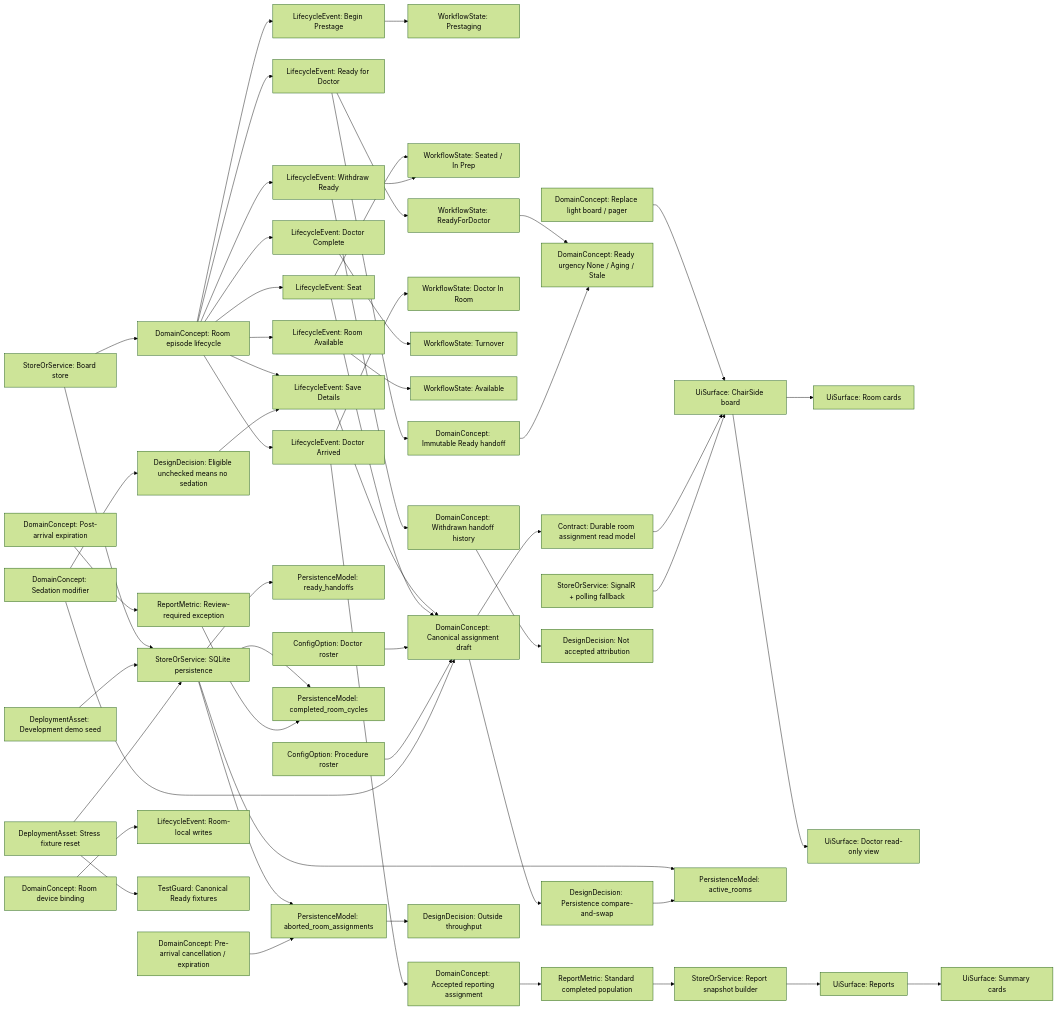
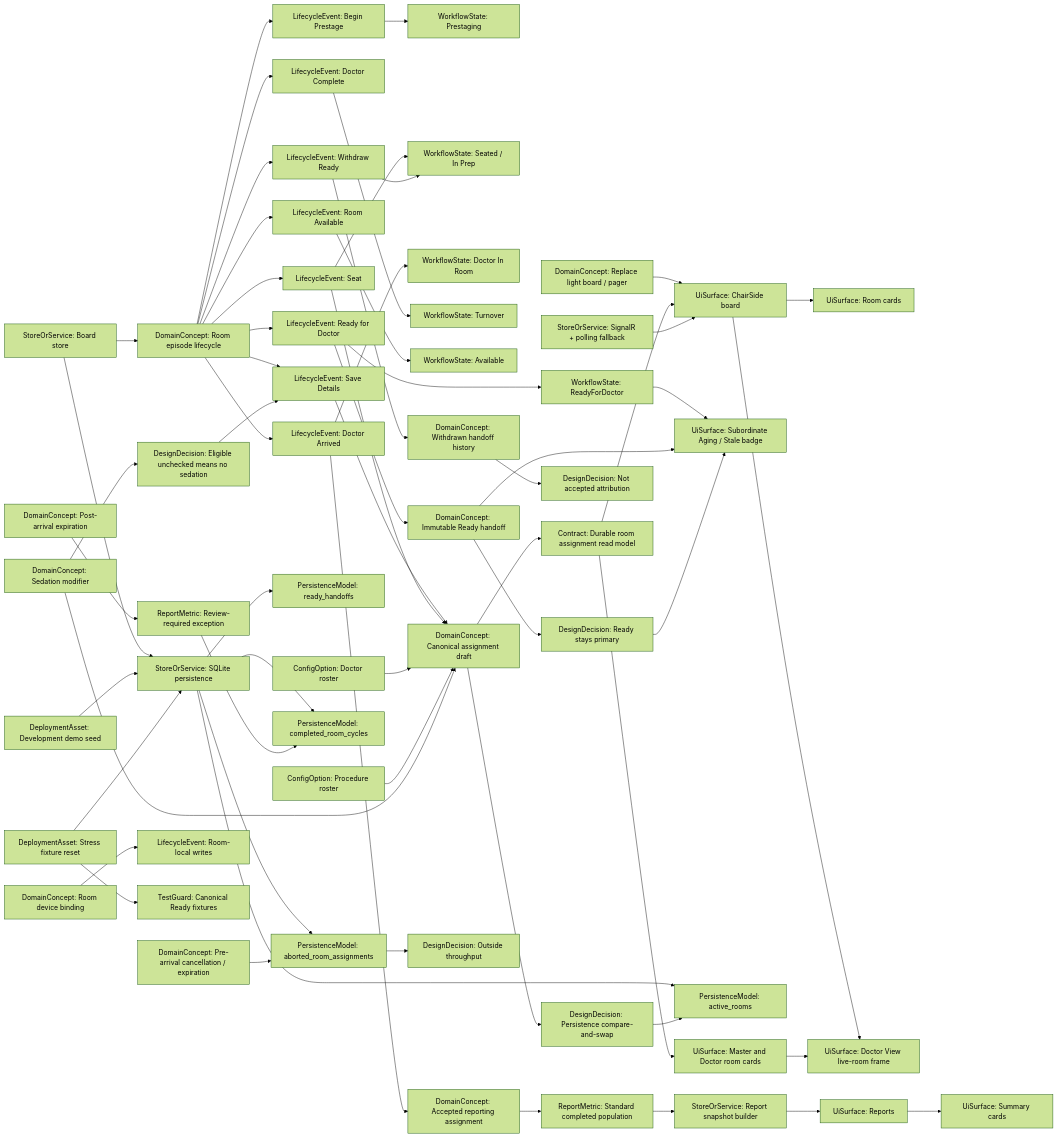
The diagram in docs/knowledge-graph/chairside.graph.md (binary0rb/ChairSide), drawn with Mermaid (forest theme) before and after one commit. The commit also changed other lines of this file and 12 other files, not shown here.

Commit message:
feat: align master and doctor Ready presentation (#134)

````diff
--- a/docs/knowledge-graph/chairside.graph.md
+++ b/docs/knowledge-graph/chairside.graph.md
@@ -7,65 +7,69 @@
 ```mermaid
 flowchart LR
     LightBoardReplacement["DomainConcept: Replace light board / pager"] --> BoardUi["UiSurface: ChairSide board"]
     BoardUi --> RoomCards["UiSurface: Room cards"]
     BoardUi --> DoctorView["UiSurface: Doctor read-only view"]
 
     RoomLifecycle["DomainConcept: Room episode lifecycle"] --> BeginPrestage["LifecycleEvent: Begin Prestage"]
     RoomLifecycle --> SaveDetails["LifecycleEvent: Save Details"]
     RoomLifecycle --> Seat["LifecycleEvent: Seat"]
     RoomLifecycle --> Ready["LifecycleEvent: Ready for Doctor"]
     RoomLifecycle --> Withdraw["LifecycleEvent: Withdraw Ready"]
     RoomLifecycle --> DoctorArrived["LifecycleEvent: Doctor Arrived"]
     RoomLifecycle --> DoctorComplete["LifecycleEvent: Doctor Complete"]
     RoomLifecycle --> RoomAvailable["LifecycleEvent: Room Available"]
 
     BeginPrestage --> Prestaging["WorkflowState: Prestaging"]
     Seat --> Seated["WorkflowState: Seated / In Prep"]
     Ready --> ReadyState["WorkflowState: ReadyForDoctor"]
     ReadyState --> ReadyUrgency["DomainConcept: Ready urgency None / Aging / Stale"]
     Withdraw --> Seated
     DoctorArrived --> InRoom["WorkflowState: Doctor In Room"]
     DoctorComplete --> Turnover["WorkflowState: Turnover"]
     RoomAvailable --> Available["WorkflowState: Available"]
 
     SaveDetails --> CanonicalAssignment["DomainConcept: Canonical assignment draft"]
     Seat --> CanonicalAssignment
     CanonicalAssignment --> CasGuard["DesignDecision: Persistence compare-and-swap"]
     Ready --> ReadyHandoff["DomainConcept: Immutable Ready handoff"]
     ReadyHandoff --> ReadyUrgency
     Withdraw --> WithdrawnHandoff["DomainConcept: Withdrawn handoff history"]
     DoctorArrived --> AcceptedHandoff["DomainConcept: Accepted reporting assignment"]
 
     BoardStore["StoreOrService: Board store"] --> RoomLifecycle
     BoardStore --> Persistence["StoreOrService: SQLite persistence"]
     Persistence --> ActiveRooms["PersistenceModel: active_rooms"]
     Persistence --> Handoffs["PersistenceModel: ready_handoffs"]
     Persistence --> Aborts["PersistenceModel: aborted_room_assignments"]
     Persistence --> Cycles["PersistenceModel: completed_room_cycles"]
     CasGuard --> ActiveRooms
 
     PreArrivalTermination["DomainConcept: Pre-arrival cancellation / expiration"] --> Aborts
     PostArrivalExpiration["DomainConcept: Post-arrival expiration"] --> ReviewException["ReportMetric: Review-required exception"]
     ReviewException --> Cycles
 
     Reports["UiSurface: Reports"] --> SummaryCards["UiSurface: Summary cards"]
     ReportsBuilder["StoreOrService: Report snapshot builder"] --> Reports
     AcceptedHandoff --> StandardPopulation["ReportMetric: Standard completed population"]
     StandardPopulation --> ReportsBuilder
     WithdrawnHandoff --> AuditOnly["DesignDecision: Not accepted attribution"]
     Aborts --> OutsideThroughput["DesignDecision: Outside throughput"]
 
     DoctorRoster["ConfigOption: Doctor roster"] --> CanonicalAssignment
     ProcedureRoster["ConfigOption: Procedure roster"] --> CanonicalAssignment
     SedationModifier["DomainConcept: Sedation modifier"] --> CanonicalAssignment
     SedationModifier --> OptionalSedation["DesignDecision: Eligible unchecked means no sedation"]
     OptionalSedation --> SaveDetails
     CanonicalAssignment --> RoomReadModel["Contract: Durable room assignment read model"]
     RoomReadModel --> BoardUi
+    RoomReadModel --> SharedRoomCards["UiSurface: Master and Doctor room cards"]
+    ReadyHandoff --> ReadyPrimary["DesignDecision: Ready stays primary"]
+    ReadyPrimary --> ReadyUrgency["UiSurface: Subordinate Aging / Stale badge"]
+    SharedRoomCards --> DoctorView["UiSurface: Doctor View live-room frame"]
     DeviceBinding["DomainConcept: Room device binding"] --> Mutations["LifecycleEvent: Room-local writes"]
     Realtime["StoreOrService: SignalR + polling fallback"] --> BoardUi
 
     DevelopmentSeed["DeploymentAsset: Development demo seed"] --> Persistence
     MaintenanceReset["DeploymentAsset: Stress fixture reset"] --> Persistence
     MaintenanceReset --> CanonicalFixtures["TestGuard: Canonical Ready fixtures"]
 ```
````
